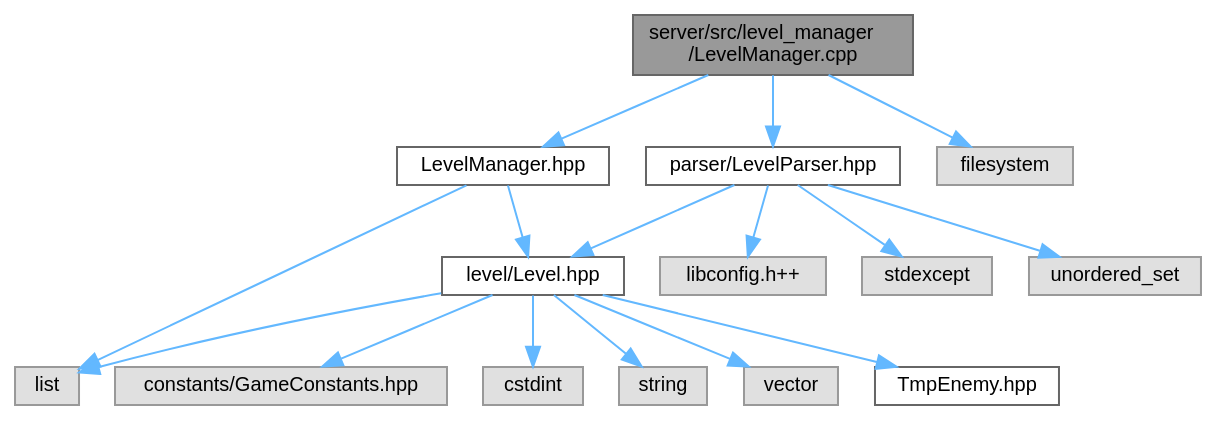
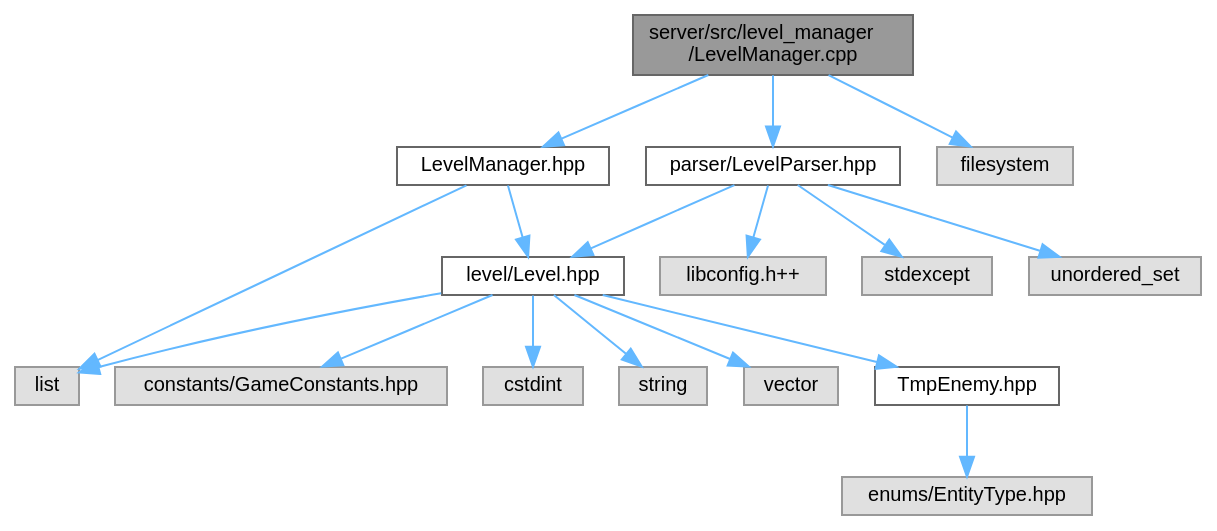
Before and after one commit to Houpsi/R-Type: the diagram in LevelManager_8cpp__incl.dot, drawn with Graphviz. The commit also changed 216 other files, not shown here.

```diff
--- a/LevelManager_8cpp__incl.dot
+++ b/LevelManager_8cpp__incl.dot
@@ -1,36 +1,38 @@
 digraph "server/src/level_manager/LevelManager.cpp"
 {
  // LATEX_PDF_SIZE
   bgcolor="transparent";
   edge [fontname=Helvetica,fontsize=10,labelfontname=Helvetica,labelfontsize=10];
   node [fontname=Helvetica,fontsize=10,shape=box,height=0.2,width=0.4];
   Node1 [id="Node000001",label="server/src/level_manager\l/LevelManager.cpp",height=0.2,width=0.4,color="gray40", fillcolor="grey60", style="filled", fontcolor="black",tooltip=" "];
   Node1 -> Node2 [id="edge1_Node000001_Node000002",color="steelblue1",style="solid",tooltip=" "];
   Node2 [id="Node000002",label="LevelManager.hpp",height=0.2,width=0.4,color="grey40", fillcolor="white", style="filled",URL="$LevelManager_8hpp.html",tooltip=" "];
   Node2 -> Node3 [id="edge2_Node000002_Node000003",color="steelblue1",style="solid",tooltip=" "];
   Node3 [id="Node000003",label="level/Level.hpp",height=0.2,width=0.4,color="grey40", fillcolor="white", style="filled",URL="$Level_8hpp.html",tooltip=" "];
   Node3 -> Node4 [id="edge3_Node000003_Node000004",color="steelblue1",style="solid",tooltip=" "];
   Node4 [id="Node000004",label="constants/GameConstants.hpp",height=0.2,width=0.4,color="grey60", fillcolor="#E0E0E0", style="filled",tooltip=" "];
   Node3 -> Node5 [id="edge4_Node000003_Node000005",color="steelblue1",style="solid",tooltip=" "];
   Node5 [id="Node000005",label="cstdint",height=0.2,width=0.4,color="grey60", fillcolor="#E0E0E0", style="filled",tooltip=" "];
   Node3 -> Node6 [id="edge5_Node000003_Node000006",color="steelblue1",style="solid",tooltip=" "];
   Node6 [id="Node000006",label="list",height=0.2,width=0.4,color="grey60", fillcolor="#E0E0E0", style="filled",tooltip=" "];
   Node3 -> Node7 [id="edge6_Node000003_Node000007",color="steelblue1",style="solid",tooltip=" "];
   Node7 [id="Node000007",label="string",height=0.2,width=0.4,color="grey60", fillcolor="#E0E0E0", style="filled",tooltip=" "];
   Node3 -> Node8 [id="edge7_Node000003_Node000008",color="steelblue1",style="solid",tooltip=" "];
   Node8 [id="Node000008",label="vector",height=0.2,width=0.4,color="grey60", fillcolor="#E0E0E0", style="filled",tooltip=" "];
   Node3 -> Node9 [id="edge8_Node000003_Node000009",color="steelblue1",style="solid",tooltip=" "];
   Node9 [id="Node000009",label="TmpEnemy.hpp",height=0.2,width=0.4,color="grey40", fillcolor="white", style="filled",URL="$TmpEnemy_8hpp.html",tooltip=" "];
-  Node2 -> Node6 [id="edge9_Node000002_Node000006",color="steelblue1",style="solid",tooltip=" "];
-  Node1 -> Node10 [id="edge10_Node000001_Node000010",color="steelblue1",style="solid",tooltip=" "];
-  Node10 [id="Node000010",label="parser/LevelParser.hpp",height=0.2,width=0.4,color="grey40", fillcolor="white", style="filled",URL="$LevelParser_8hpp.html",tooltip=" "];
-  Node10 -> Node3 [id="edge11_Node000010_Node000003",color="steelblue1",style="solid",tooltip=" "];
-  Node10 -> Node11 [id="edge12_Node000010_Node000011",color="steelblue1",style="solid",tooltip=" "];
-  Node11 [id="Node000011",label="libconfig.h++",height=0.2,width=0.4,color="grey60", fillcolor="#E0E0E0", style="filled",tooltip=" "];
-  Node10 -> Node12 [id="edge13_Node000010_Node000012",color="steelblue1",style="solid",tooltip=" "];
-  Node12 [id="Node000012",label="stdexcept",height=0.2,width=0.4,color="grey60", fillcolor="#E0E0E0", style="filled",tooltip=" "];
-  Node10 -> Node13 [id="edge14_Node000010_Node000013",color="steelblue1",style="solid",tooltip=" "];
-  Node13 [id="Node000013",label="unordered_set",height=0.2,width=0.4,color="grey60", fillcolor="#E0E0E0", style="filled",tooltip=" "];
-  Node1 -> Node14 [id="edge15_Node000001_Node000014",color="steelblue1",style="solid",tooltip=" "];
-  Node14 [id="Node000014",label="filesystem",height=0.2,width=0.4,color="grey60", fillcolor="#E0E0E0", style="filled",tooltip=" "];
+  Node9 -> Node10 [id="edge9_Node000009_Node000010",color="steelblue1",style="solid",tooltip=" "];
+  Node10 [id="Node000010",label="enums/EntityType.hpp",height=0.2,width=0.4,color="grey60", fillcolor="#E0E0E0", style="filled",tooltip=" "];
+  Node2 -> Node6 [id="edge10_Node000002_Node000006",color="steelblue1",style="solid",tooltip=" "];
+  Node1 -> Node11 [id="edge11_Node000001_Node000011",color="steelblue1",style="solid",tooltip=" "];
+  Node11 [id="Node000011",label="parser/LevelParser.hpp",height=0.2,width=0.4,color="grey40", fillcolor="white", style="filled",URL="$LevelParser_8hpp.html",tooltip=" "];
+  Node11 -> Node3 [id="edge12_Node000011_Node000003",color="steelblue1",style="solid",tooltip=" "];
+  Node11 -> Node12 [id="edge13_Node000011_Node000012",color="steelblue1",style="solid",tooltip=" "];
+  Node12 [id="Node000012",label="libconfig.h++",height=0.2,width=0.4,color="grey60", fillcolor="#E0E0E0", style="filled",tooltip=" "];
+  Node11 -> Node13 [id="edge14_Node000011_Node000013",color="steelblue1",style="solid",tooltip=" "];
+  Node13 [id="Node000013",label="stdexcept",height=0.2,width=0.4,color="grey60", fillcolor="#E0E0E0", style="filled",tooltip=" "];
+  Node11 -> Node14 [id="edge15_Node000011_Node000014",color="steelblue1",style="solid",tooltip=" "];
+  Node14 [id="Node000014",label="unordered_set",height=0.2,width=0.4,color="grey60", fillcolor="#E0E0E0", style="filled",tooltip=" "];
+  Node1 -> Node15 [id="edge16_Node000001_Node000015",color="steelblue1",style="solid",tooltip=" "];
+  Node15 [id="Node000015",label="filesystem",height=0.2,width=0.4,color="grey60", fillcolor="#E0E0E0", style="filled",tooltip=" "];
 }
```
